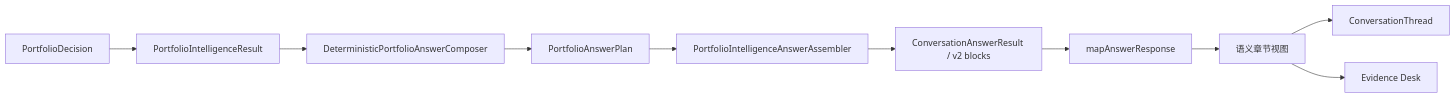
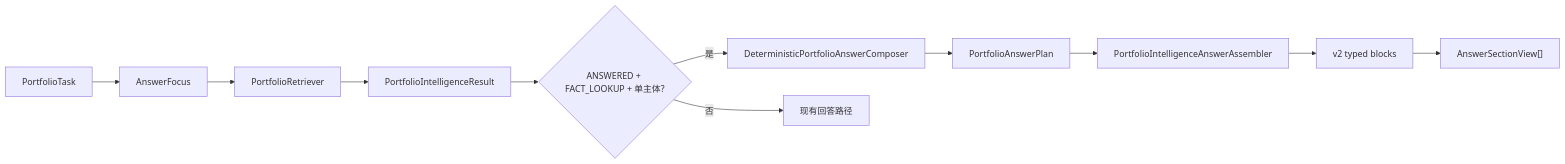
Before and after one commit to creeper521/portfolio-agent: the diagram in docs/superpowers/specs/2026-08-06-agent-answer-composition-design.md, drawn with Mermaid. The commit also changed other lines of this file and 1 other file, not shown here.

````diff
--- a/docs/superpowers/specs/2026-08-06-agent-answer-composition-design.md
+++ b/docs/superpowers/specs/2026-08-06-agent-answer-composition-design.md
@@ -94,12 +86,13 @@
 ```mermaid
 flowchart LR
-    A["PortfolioDecision"] --> B["PortfolioIntelligenceResult"]
-    B --> C["DeterministicPortfolioAnswerComposer"]
-    C --> D["PortfolioAnswerPlan"]
-    D --> E["PortfolioIntelligenceAnswerAssembler"]
-    E --> F["ConversationAnswerResult / v2 blocks"]
-    F --> G["mapAnswerResponse"]
-    G --> H["语义章节视图"]
-    H --> I["ConversationThread"]
-    H --> J["Evidence Desk"]
+    A["PortfolioTask"] --> B["AnswerFocus"]
+    B --> C["PortfolioRetriever"]
+    C --> D["PortfolioIntelligenceResult"]
+    D --> E{"ANSWERED + FACT_LOOKUP + 单主体?"}
+    E -->|"是"| F["DeterministicPortfolioAnswerComposer"]
+    F --> G["PortfolioAnswerPlan"]
+    G --> H["PortfolioIntelligenceAnswerAssembler"]
+    E -->|"否"| I["现有回答路径"]
+    H --> J["v2 typed blocks"]
+    J --> K["AnswerSectionView[]"]
 ```
````
